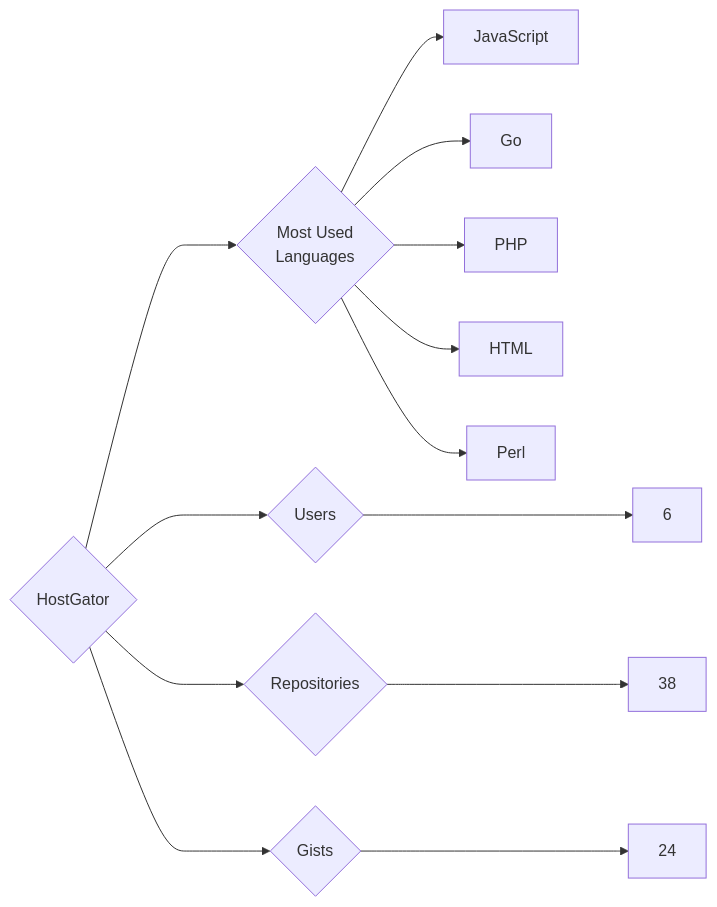
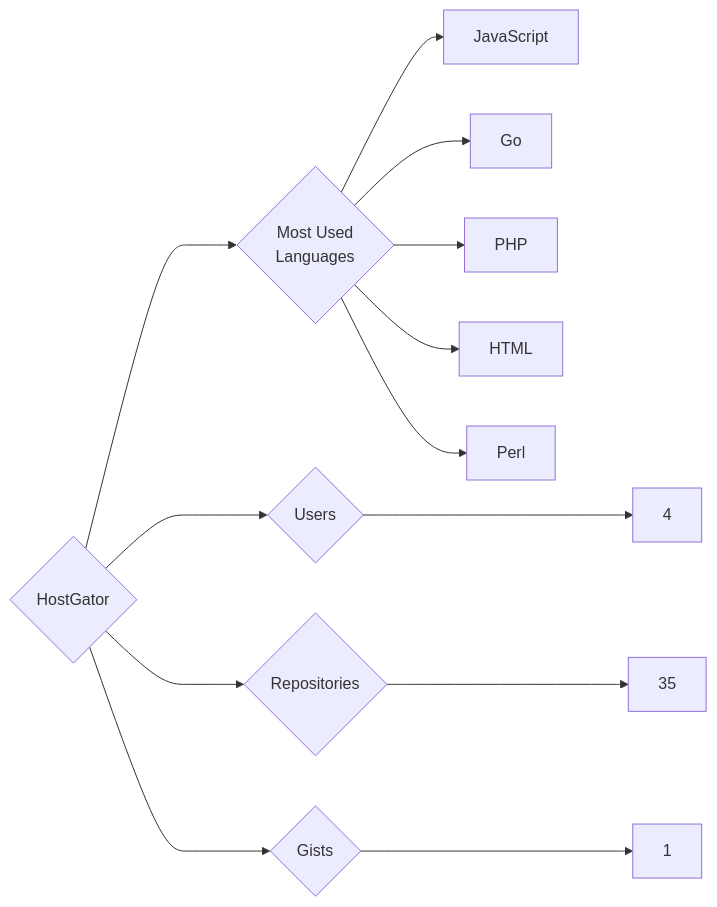
Before and after one commit to trickest/insiders: the diagram in targets/HostGator/README.md, drawn with Mermaid. The commit also changed 1030 other files, not shown here.

````diff
--- a/targets/HostGator/README.md
+++ b/targets/HostGator/README.md
@@ -3,13 +3,13 @@
 ```mermaid
 graph LR
 COMPANY_NAME{HostGator}
-COMPANY_NAME ---> U{Users} ---> UN[6]
-COMPANY_NAME ---> R{Repositories} ---> RN[38]
-COMPANY_NAME ---> G{Gists} ---> GN[24]
+COMPANY_NAME ---> U{Users} ---> UN[4]
+COMPANY_NAME ---> R{Repositories} ---> RN[35]
+COMPANY_NAME ---> G{Gists} ---> GN[1]
 COMPANY_NAME ---> ML{Most Used<br>Languages}
 ML --> JavaScript[JavaScript]
 ML --> Go[Go]
 ML --> PHP[PHP]
 ML --> HTML[HTML]
 ML --> Perl[Perl]
 ```
````
